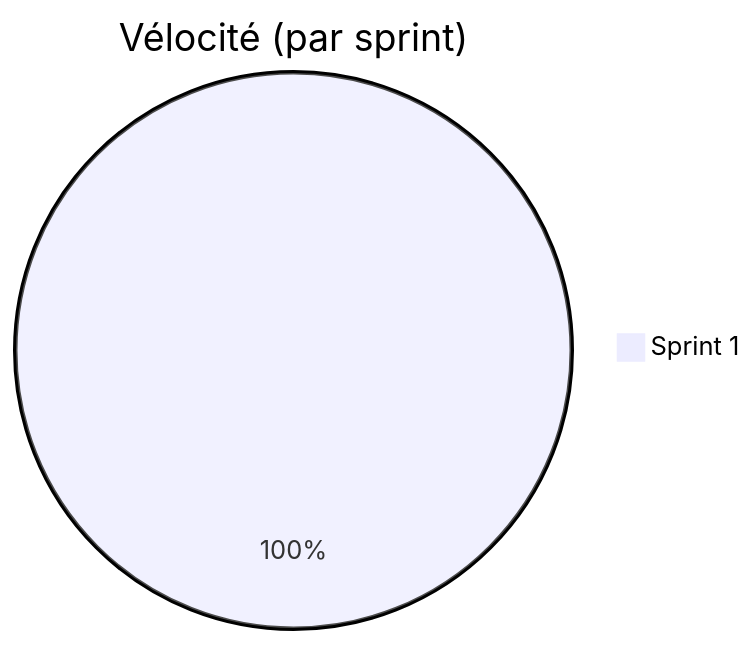
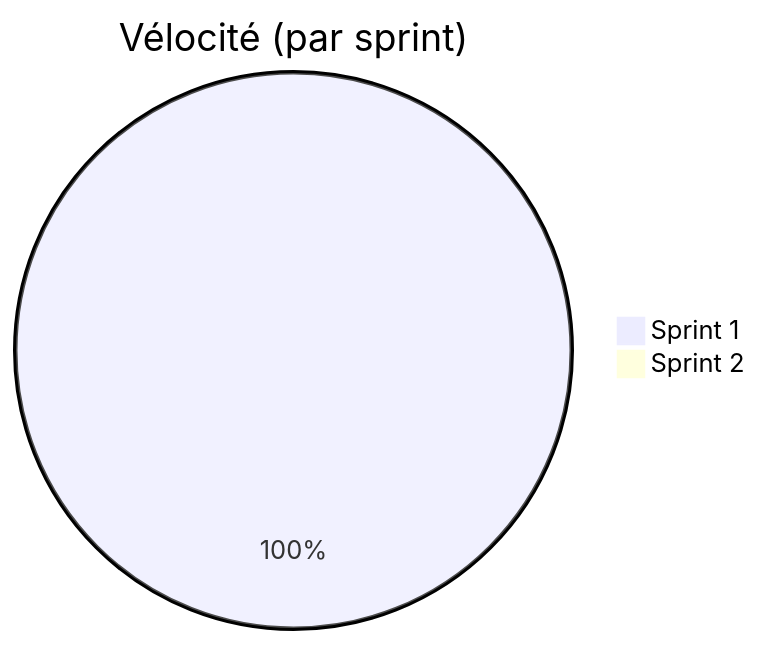
One commit to Twan0u/Henallux_notes changed the second of 3 diagrams in TND/notes/Projet.md. Above: the diagram before and after it, drawn with Mermaid. The commit also changed other lines of this file and 10 other files, not shown here.

````diff
--- a/TND/notes/Projet.md
+++ b/TND/notes/Projet.md
@@ -60,5 +65,6 @@
 ```mermaid
 pie
     title Vélocité (par sprint)
-    "Sprint 1" : 2
+    "Sprint 1" : 5
+    "Sprint 2" : 0
 ```
````
